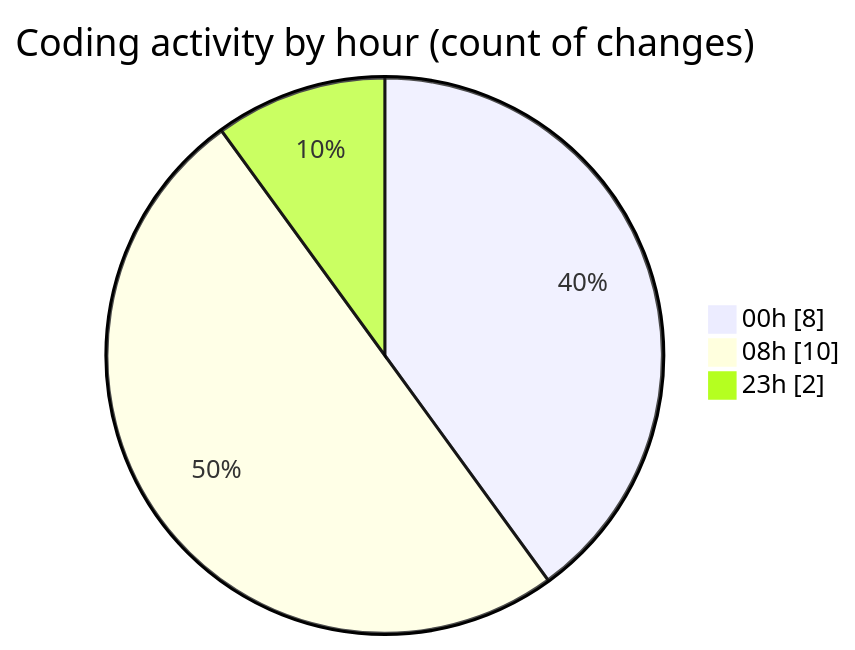
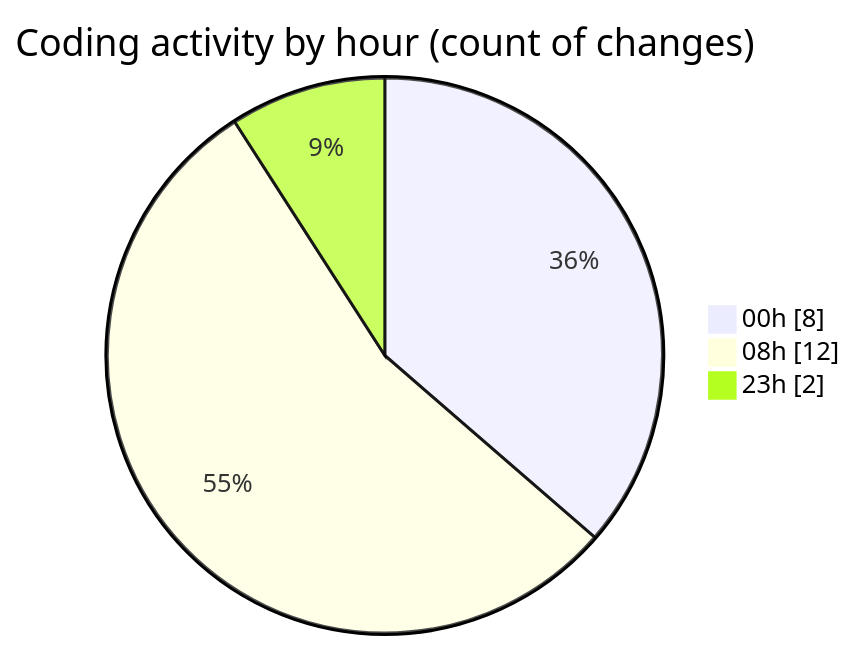
One commit to EIIisD/code-tracking changed the second of 2 diagrams in 2025-08-13/ribbon/README.md. Above: the diagram before and after it, drawn with Mermaid. The commit also changed other lines of this file and 1 other file, not shown here.

````diff
--- a/2025-08-13/ribbon/README.md
+++ b/2025-08-13/ribbon/README.md
@@ -35,7 +35,7 @@
 ```mermaid
 pie showData
 title Coding activity by hour (count of changes)
 "00h" : 8
-"08h" : 10
+"08h" : 12
 "23h" : 2
 ```
````
